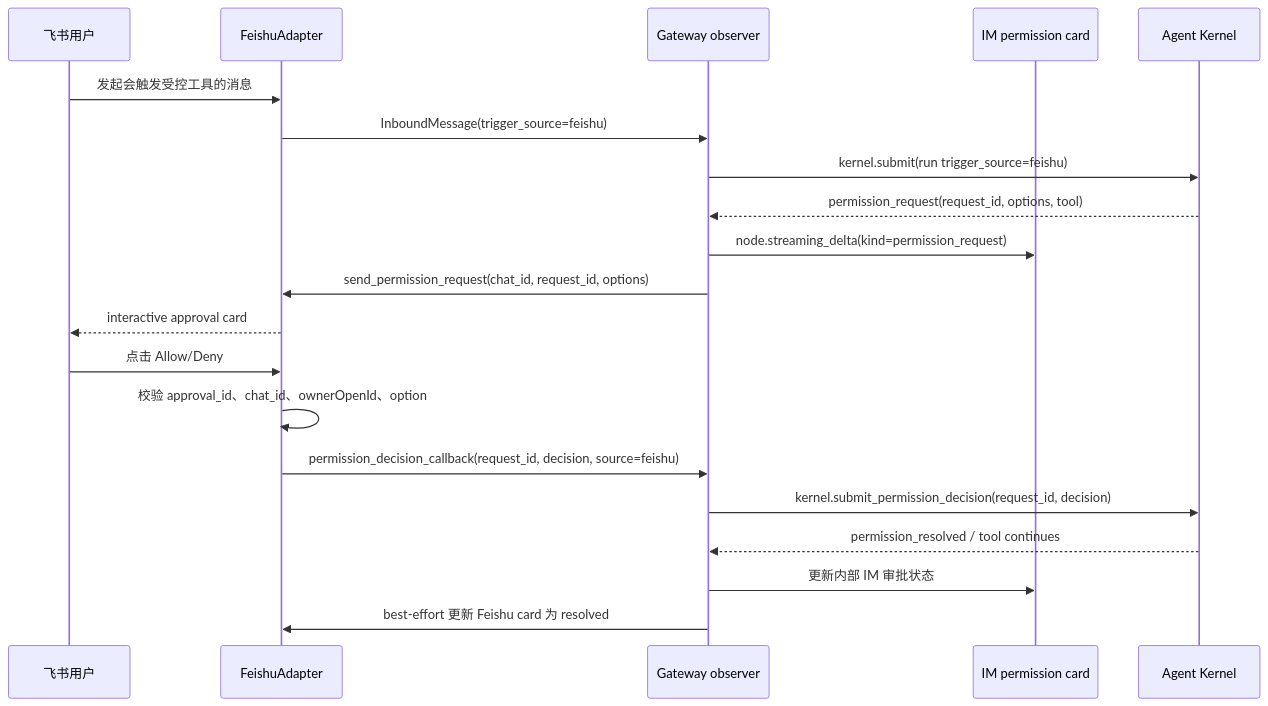
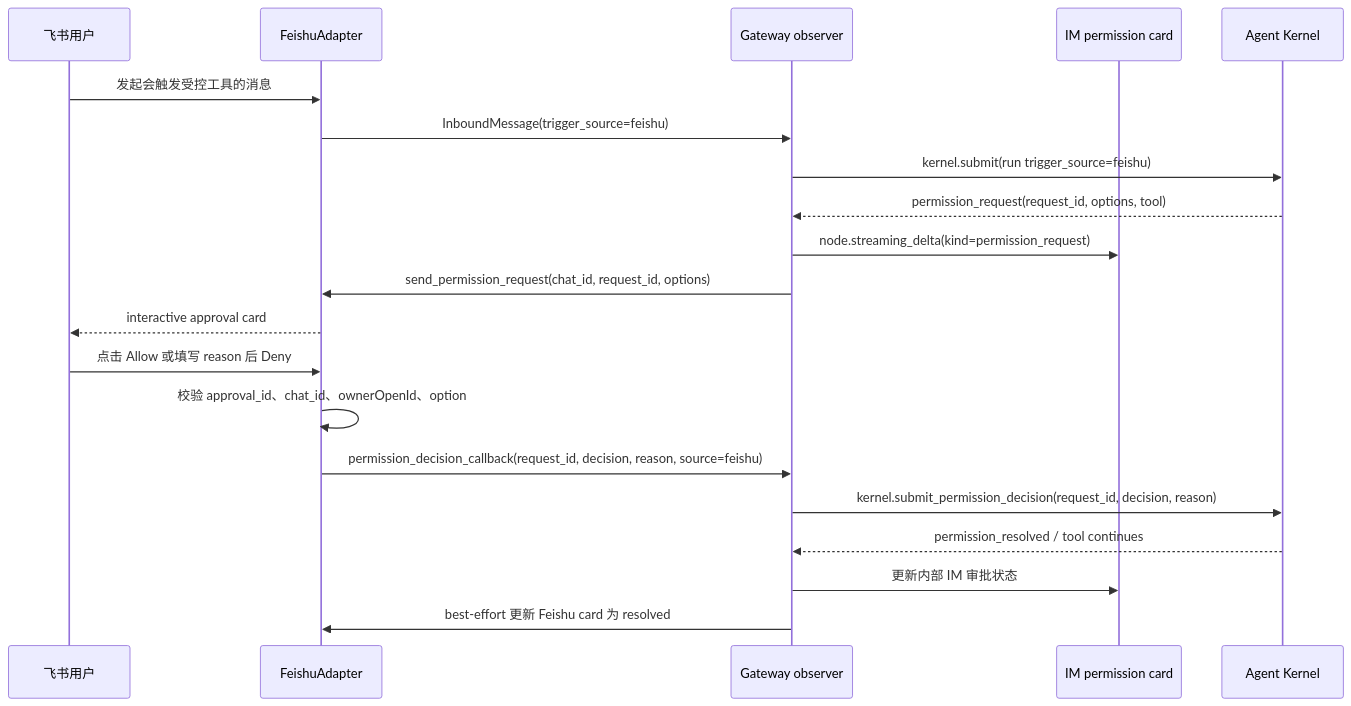
One commit to Mrchen116/nano-multiagent changed the seventh of 7 diagrams in docs/changes/feat-447-feishu-channel/design.md. Above: the diagram before and after it, drawn with Mermaid. The commit also changed other lines of this file and 5 other files, not shown here.

````diff
--- a/docs/changes/feat-447-feishu-channel/design.md
+++ b/docs/changes/feat-447-feishu-channel/design.md
@@ -487,23 +487,23 @@
 ```mermaid
 sequenceDiagram
     participant FS as 飞书用户
     participant FA as FeishuAdapter
     participant GW as Gateway observer
     participant IM as IM permission card
     participant K as Agent Kernel
 
     FS->>FA: 发起会触发受控工具的消息
     FA->>GW: InboundMessage(trigger_source=feishu)
     GW->>K: kernel.submit(run trigger_source=feishu)
     K-->>GW: permission_request(request_id, options, tool)
     GW->>IM: node.streaming_delta(kind=permission_request)
     GW->>FA: send_permission_request(chat_id, request_id, options)
     FA-->>FS: interactive approval card
-    FS->>FA: 点击 Allow/Deny
+    FS->>FA: 点击 Allow 或填写 reason 后 Deny
     FA->>FA: 校验 approval_id、chat_id、ownerOpenId、option
-    FA->>GW: permission_decision_callback(request_id, decision, source=feishu)
-    GW->>K: kernel.submit_permission_decision(request_id, decision)
+    FA->>GW: permission_decision_callback(request_id, decision, reason, source=feishu)
+    GW->>K: kernel.submit_permission_decision(request_id, decision, reason)
     K-->>GW: permission_resolved / tool continues
     GW->>IM: 更新内部 IM 审批状态
     GW->>FA: best-effort 更新 Feishu card 为 resolved
 ```
````
